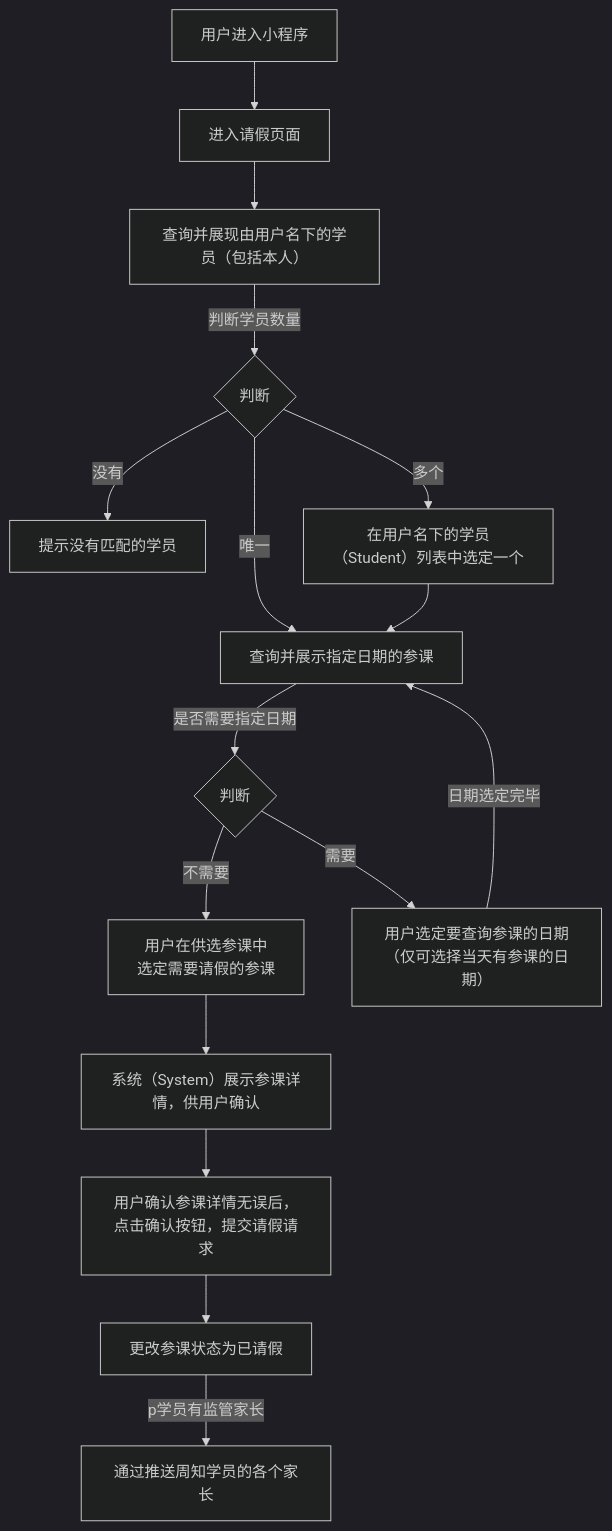
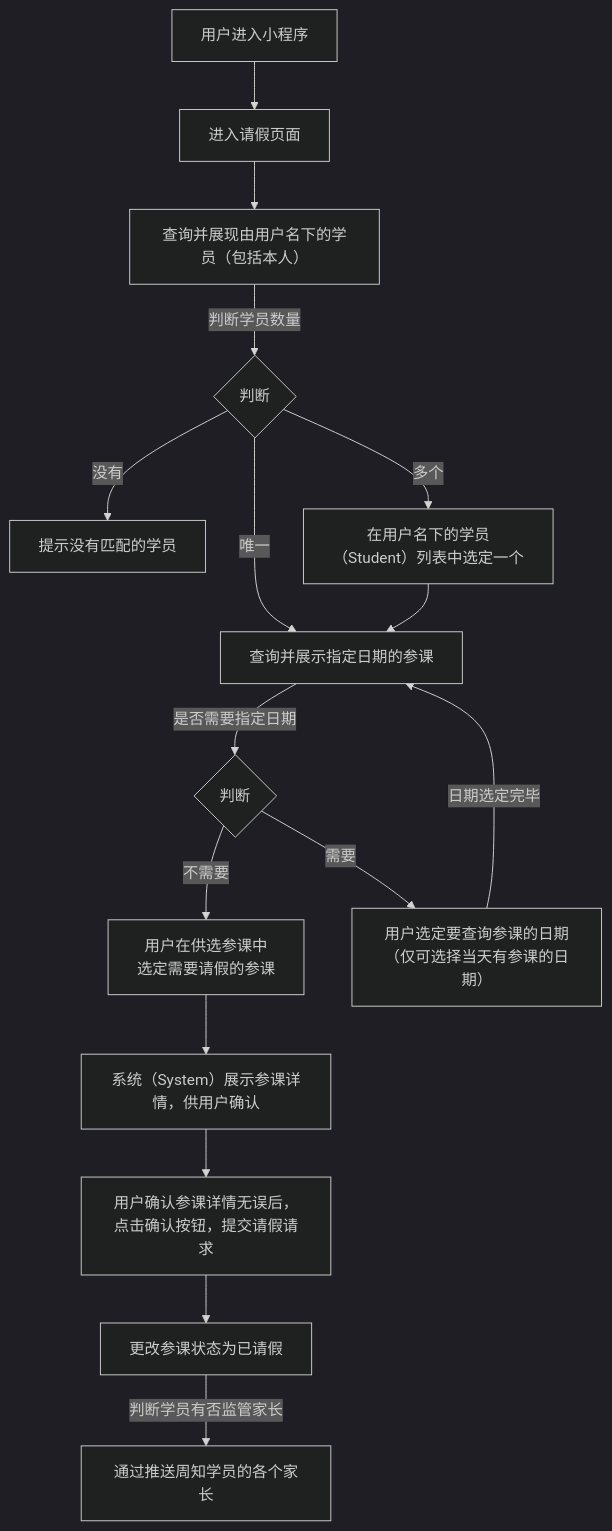
Before and after one commit to world-wide-web/sign: the diagram in 用例/请假.md, drawn with Mermaid (dark theme). The commit also changed other lines of this file, not shown here.

````diff
--- a/用例/请假.md
+++ b/用例/请假.md
@@ -7,52 +7,52 @@
 ```mermaid
 graph TD
 
 进入小程序-->进入请假页面
 
 进入请假页面-->查询并展现由用户名下的学员
 
 查询并展现由用户名下的学员--判断学员数量-->判断学员数量
 
 判断学员数量--没有-->提示没有匹配的学员
 
 判断学员数量--唯一-->查询并展示指定日期的参课
 
 判断学员数量--多个-->选定学员
 
 选定学员-->查询并展示指定日期的参课
 
 查询并展示指定日期的参课--是否需要指定日期-->决定是否需要指定日期
 
 决定是否需要指定日期--不需要-->选定参课
 
 决定是否需要指定日期--需要-->选定日期
 
 选定日期--日期选定完毕-->查询并展示指定日期的参课
 
 选定参课-->展示参课详情
 
 展示参课详情-->提交请假请求
 
 提交请假请求-->更改参课状态为已请假
 
-更改参课状态为已请假--p学员有监管家长-->通过推送周知学员的各个家长
+更改参课状态为已请假--判断学员有否监管家长-->通过推送周知学员的各个家长
 
 进入小程序["<center>用户进入小程序</center>"]
 
 查询并展现由用户名下的学员["<center>查询并展现由用户名下的学员（包括本人）</center>"]
 
 判断学员数量{"<center>判断</center>"}
 
 选定学员["<center>在用户名下的学员（Student）列表中选定一个</center>"]
 
 决定是否需要指定日期{"<center>判断</center>"}
 
 选定日期["<center>用户选定要查询参课的日期<br>（仅可选择当天有参课的日期）</center>"]
 
 选定参课["<center>用户在供选参课中<br>选定需要请假的参课</center>"]
 
 展示参课详情["<center>系统（System）展示参课详情，供用户确认</center>"]
 
 提交请假请求["<center>用户确认参课详情无误后，点击确认按钮，提交请假请求</center>"]
 
 ```
````
